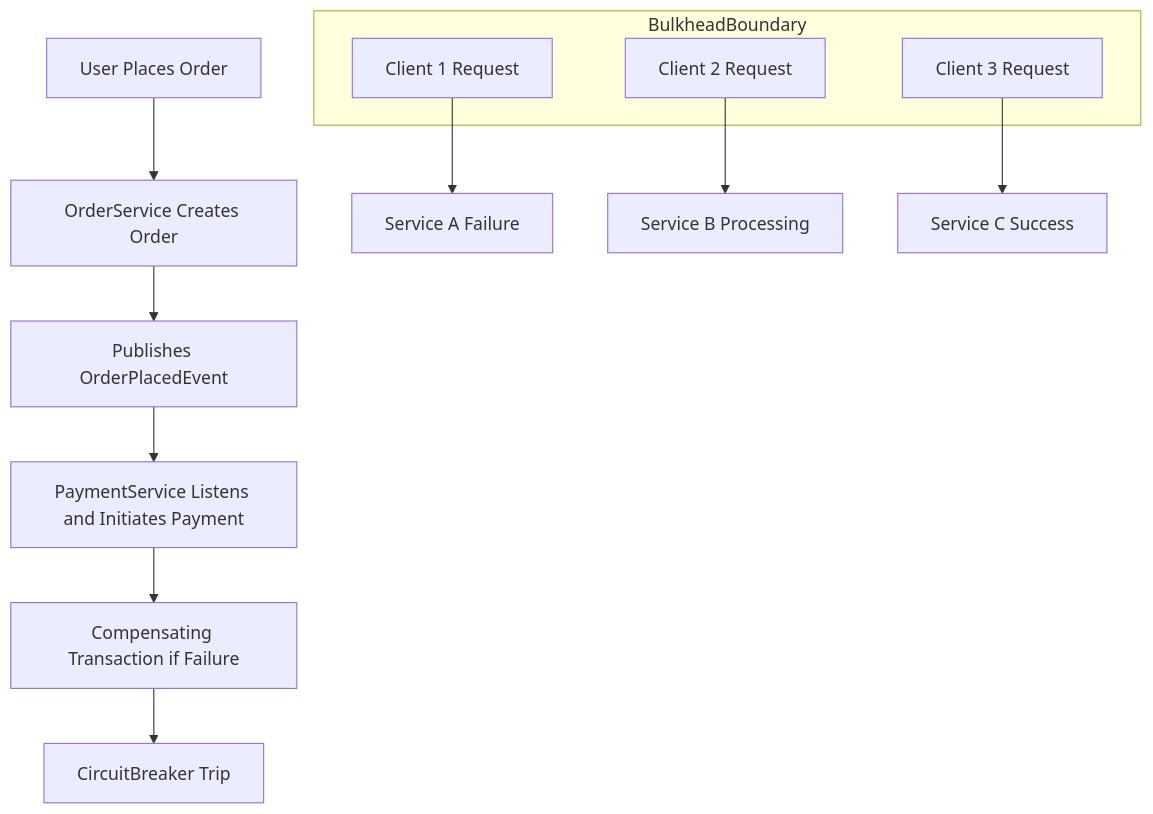
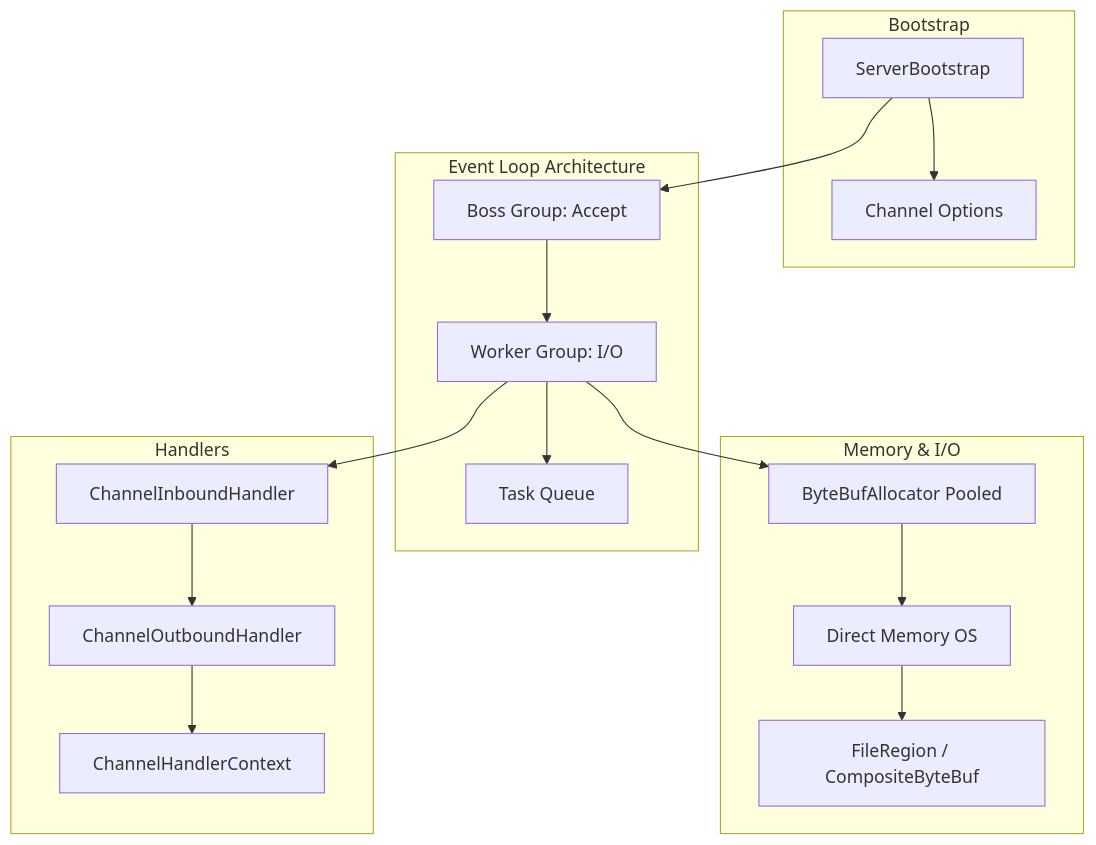
One commit to Joaquinriosheredia/DAM-Java-Mastery changed the second of 4 diagrams in _Review/internals_de_netty_y_event_loop_en_java_21/internals_de_netty_y_event_loop_en_java_21.md. Above: the diagram before and after it, drawn with Mermaid. The commit also changed other lines of this file, not shown here.

First line of the commit message:
Internals de Netty y Event Loop en Java 21

````diff
--- a/_Review/internals_de_netty_y_event_loop_en_java_21/internals_de_netty_y_event_loop_en_java_21.md
+++ b/_Review/internals_de_netty_y_event_loop_en_java_21/internals_de_netty_y_event_loop_en_java_21.md
@@ -437,19 +89,36 @@
 ```mermaid
 graph TD
-    A[User Places Order] --> B[OrderService Creates Order]
-    B --> C[Publishes OrderPlacedEvent]
-    C --> D[PaymentService Listens and Initiates Payment]
-    D --> E[Compensating Transaction if Failure]
-
-    subgraph BulkheadBoundary
-        F[Client 1 Request]
-        G[Client 2 Request]
-        H[Client 3 Request]
+    subgraph "Bootstrap"
+        BOOT[ServerBootstrap]
+        OPTS[Channel Options]
     end
-
-    F --> I[Service A Failure]
-    G --> J[Service B Processing]
-    H --> K[Service C Success]
-
-    E --> L[CircuitBreaker Trip]
+    
+    subgraph "Event Loop Architecture"
+        BOSS[Boss Group: Accept]
+        WORKER[Worker Group: I/O]
+        QUEUE[Task Queue]
+    end
+    
+    subgraph "Memory & I/O"
+        ALLOC[ByteBufAllocator Pooled]
+        DIRECT[Direct Memory OS]
+        ZERO[FileRegion / CompositeByteBuf]
+    end
+    
+    subgraph "Handlers"
+        INBOUND[ChannelInboundHandler]
+        OUTBOUND[ChannelOutboundHandler]
+        CTX[ChannelHandlerContext]
+    end
+    
+    BOOT --> OPTS
+    BOOT --> BOSS
+    BOSS --> WORKER
+    WORKER --> QUEUE
+    WORKER --> ALLOC
+    ALLOC --> DIRECT
+    DIRECT --> ZERO
+    WORKER --> INBOUND
+    INBOUND --> OUTBOUND
+    OUTBOUND --> CTX
 ```
````
